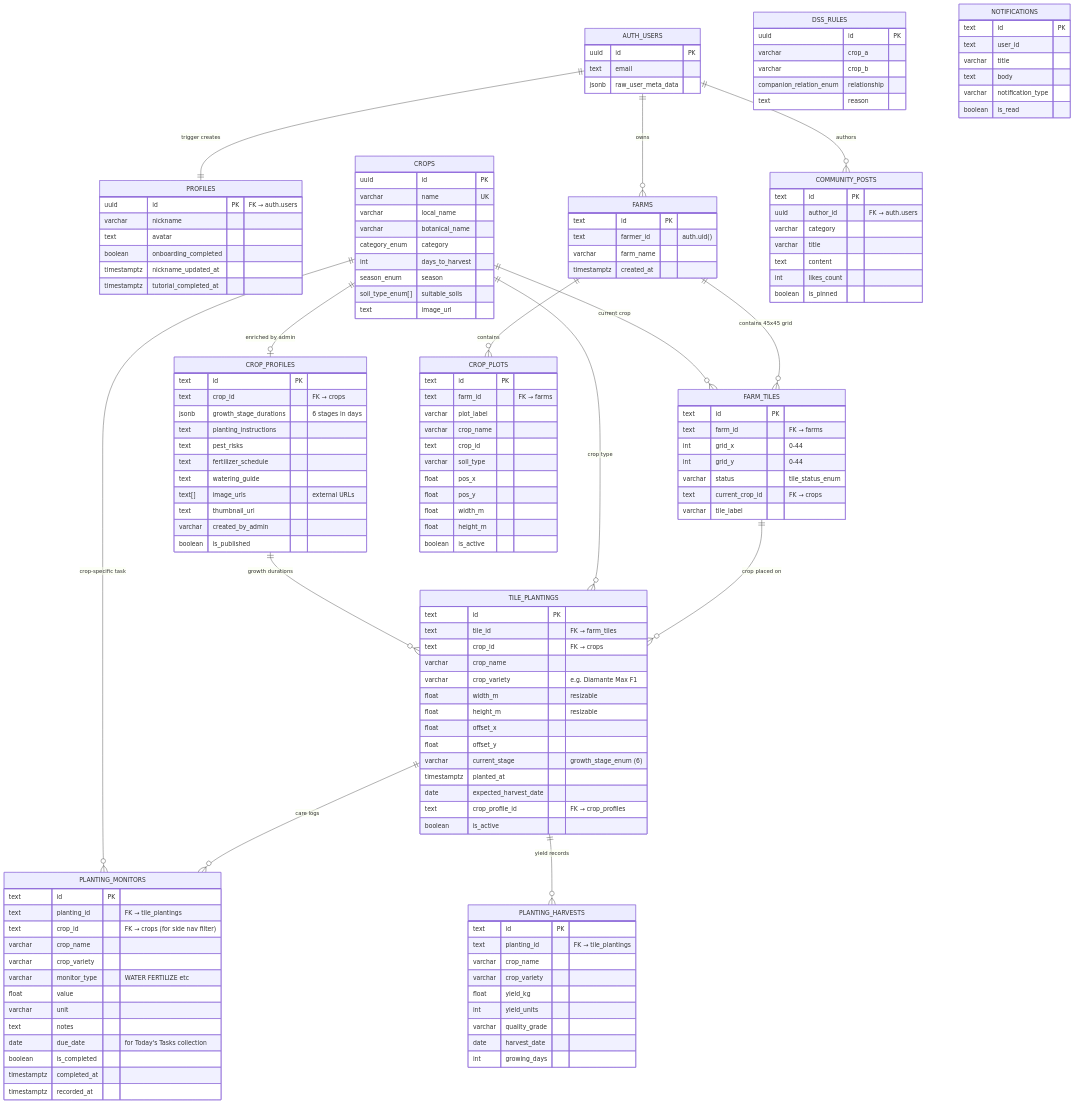
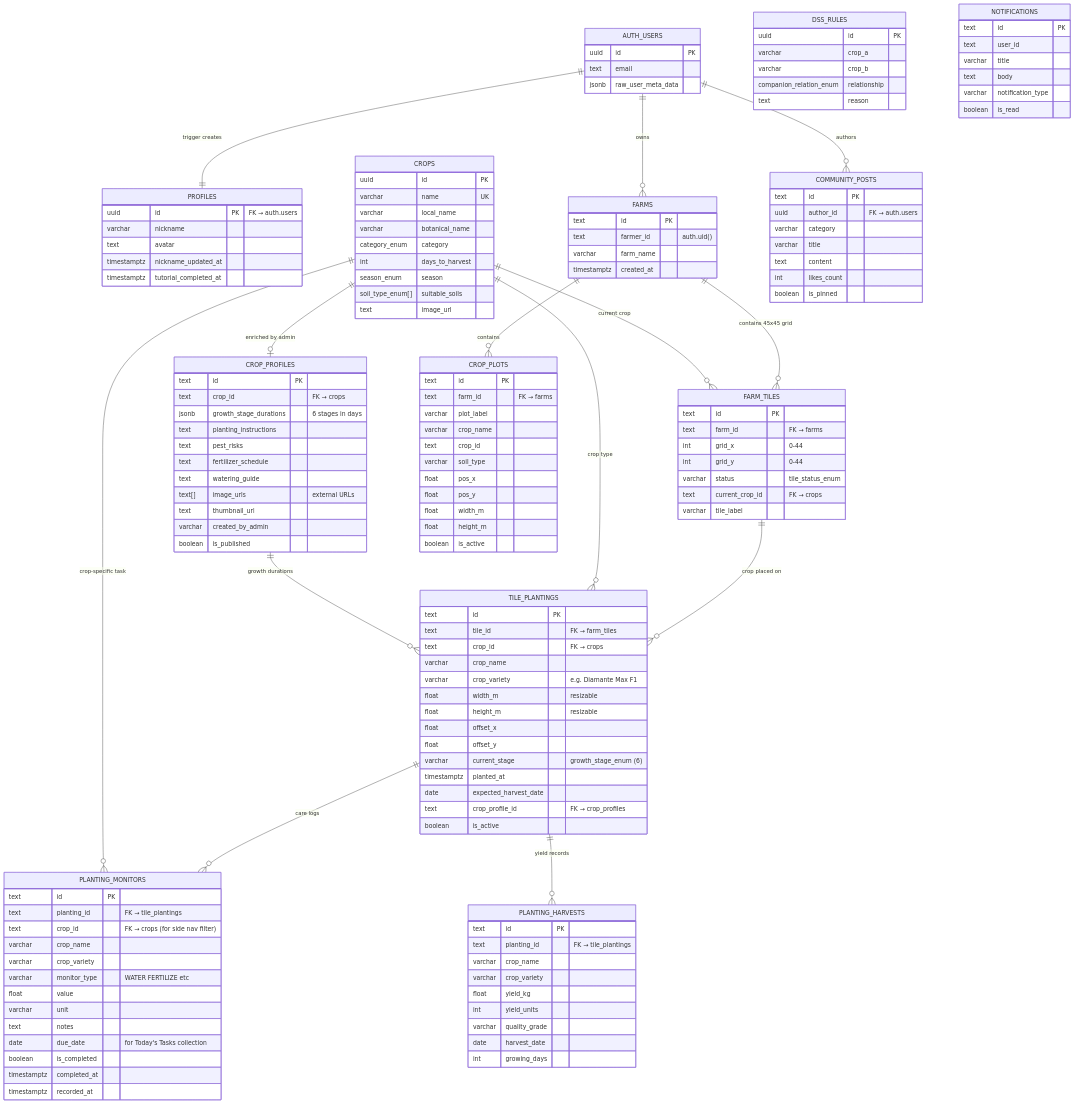
The first of 2 diagrams in database/erd/crop_lifecycle_erd.md (Jcateo187/maptanim), drawn with Mermaid before and after one commit. The commit also changed 147 other files, not shown here.

```diff
--- a/database/erd/crop_lifecycle_erd.md
+++ b/database/erd/crop_lifecycle_erd.md
@@ -25,7 +25,6 @@
         uuid id PK "FK → auth.users"
         varchar nickname
         text avatar
-        boolean onboarding_completed
         timestamptz nickname_updated_at
         timestamptz tutorial_completed_at
     }
```
